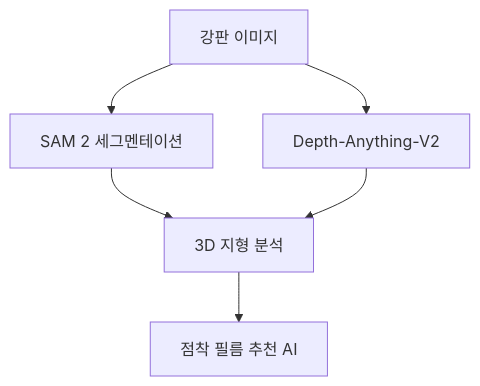
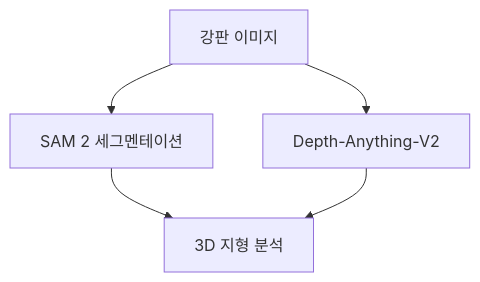
One commit to HyunchanAn/SG_proj_007 changed the diagram in Readme.md. Above: the diagram before and after it, drawn with Mermaid. The commit also changed other lines of this file and 7 other files, not shown here.

````diff
--- a/Readme.md
+++ b/Readme.md
@@ -14,8 +14,7 @@
 ```mermaid
 graph TD
     A["강판 이미지"] --> B["SAM 2 세그멘테이션"]
     A --> C["Depth-Anything-V2"]
     B --> D["3D 지형 분석"]
     C --> D
-    D --> E["점착 필름 추천 AI"]
 ```
````
